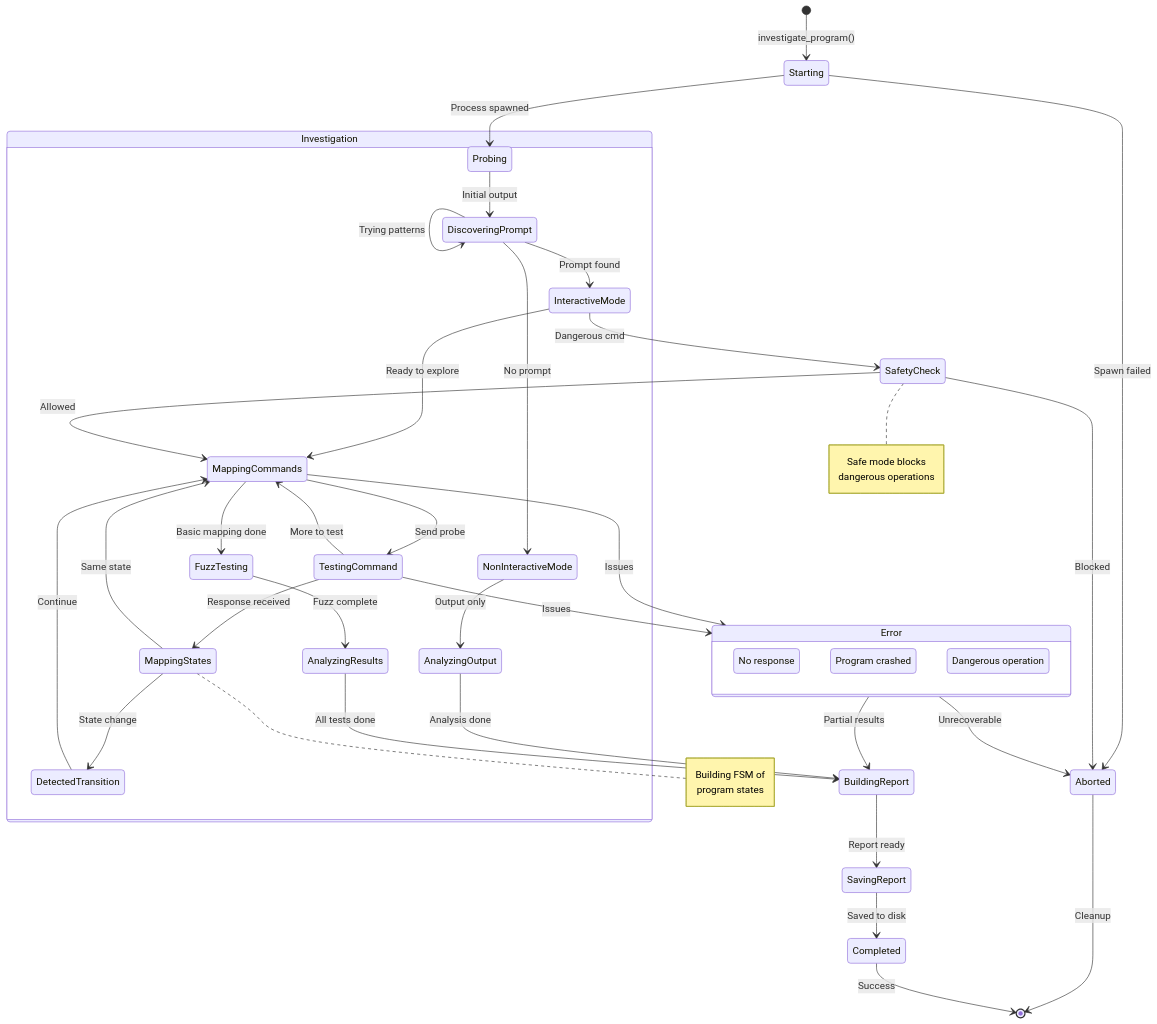
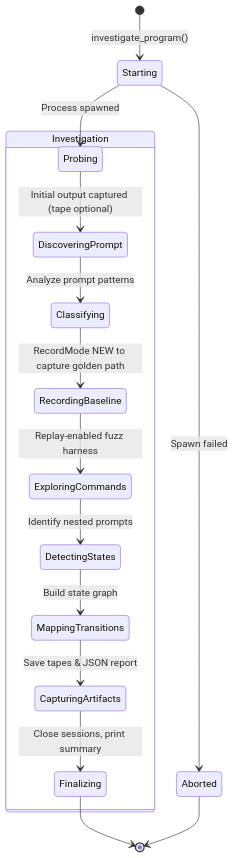
The fifth of 7 diagrams in state_machines.md (jimmc414/claude_control), drawn with Mermaid before and after one commit. The commit also changed other lines of this file, not shown here.

Commit message:
Update state machine docs for replay workflows

````diff
--- a/state_machines.md
+++ b/state_machines.md
@@ -114,64 +231,21 @@
 ```mermaid
 stateDiagram-v2
     [*] --> Starting: investigate_program()
-    
+
     Starting --> Probing: Process spawned
     Starting --> Aborted: Spawn failed
-    
+
     state Investigation {
-        Probing --> DiscoveringPrompt: Initial output
-        
-        DiscoveringPrompt --> InteractiveMode: Prompt found
-        DiscoveringPrompt --> NonInteractiveMode: No prompt
-        DiscoveringPrompt --> DiscoveringPrompt: Trying patterns
-        
-        InteractiveMode --> MappingCommands: Ready to explore
-        NonInteractiveMode --> AnalyzingOutput: Output only
-        
-        MappingCommands --> TestingCommand: Send probe
-        TestingCommand --> MappingStates: Response received
-        TestingCommand --> MappingCommands: More to test
-        
-        MappingStates --> DetectedTransition: State change
-        MappingStates --> MappingCommands: Same state
-        
-        DetectedTransition --> MappingCommands: Continue
-        
-        MappingCommands --> FuzzTesting: Basic mapping done
-        FuzzTesting --> AnalyzingResults: Fuzz complete
+        Probing --> DiscoveringPrompt: Initial output captured (tape optional)
+        DiscoveringPrompt --> Classifying: Analyze prompt patterns
+        Classifying --> RecordingBaseline: RecordMode NEW to capture golden path
+        RecordingBaseline --> ExploringCommands: Replay-enabled fuzz harness
+        ExploringCommands --> DetectingStates: Identify nested prompts
+        DetectingStates --> MappingTransitions: Build state graph
+        MappingTransitions --> CapturingArtifacts: Save tapes & JSON report
+        CapturingArtifacts --> Finalizing: Close sessions, print summary
     }
-    
-    AnalyzingOutput --> BuildingReport: Analysis done
-    AnalyzingResults --> BuildingReport: All tests done
-    
-    BuildingReport --> SavingReport: Report ready
-    SavingReport --> Completed: Saved to disk
-    
-    InteractiveMode --> SafetyCheck: Dangerous cmd
-    SafetyCheck --> MappingCommands: Allowed
-    SafetyCheck --> Aborted: Blocked
-    
-    state Error {
-        TimeoutError: No response
-        CrashError: Program crashed
-        SafetyError: Dangerous operation
-    }
-    
-    MappingCommands --> Error: Issues
-    TestingCommand --> Error: Issues
-    Error --> BuildingReport: Partial results
-    Error --> Aborted: Unrecoverable
-    
-    Aborted --> [*]: Cleanup
-    Completed --> [*]: Success
-    
-    note right of MappingStates
-        Building FSM of
-        program states
-    end note
-    
-    note right of SafetyCheck
-        Safe mode blocks
-        dangerous operations
-    end note
+
+    Finalizing --> [*]
+    Aborted --> [*]
 ```
````
